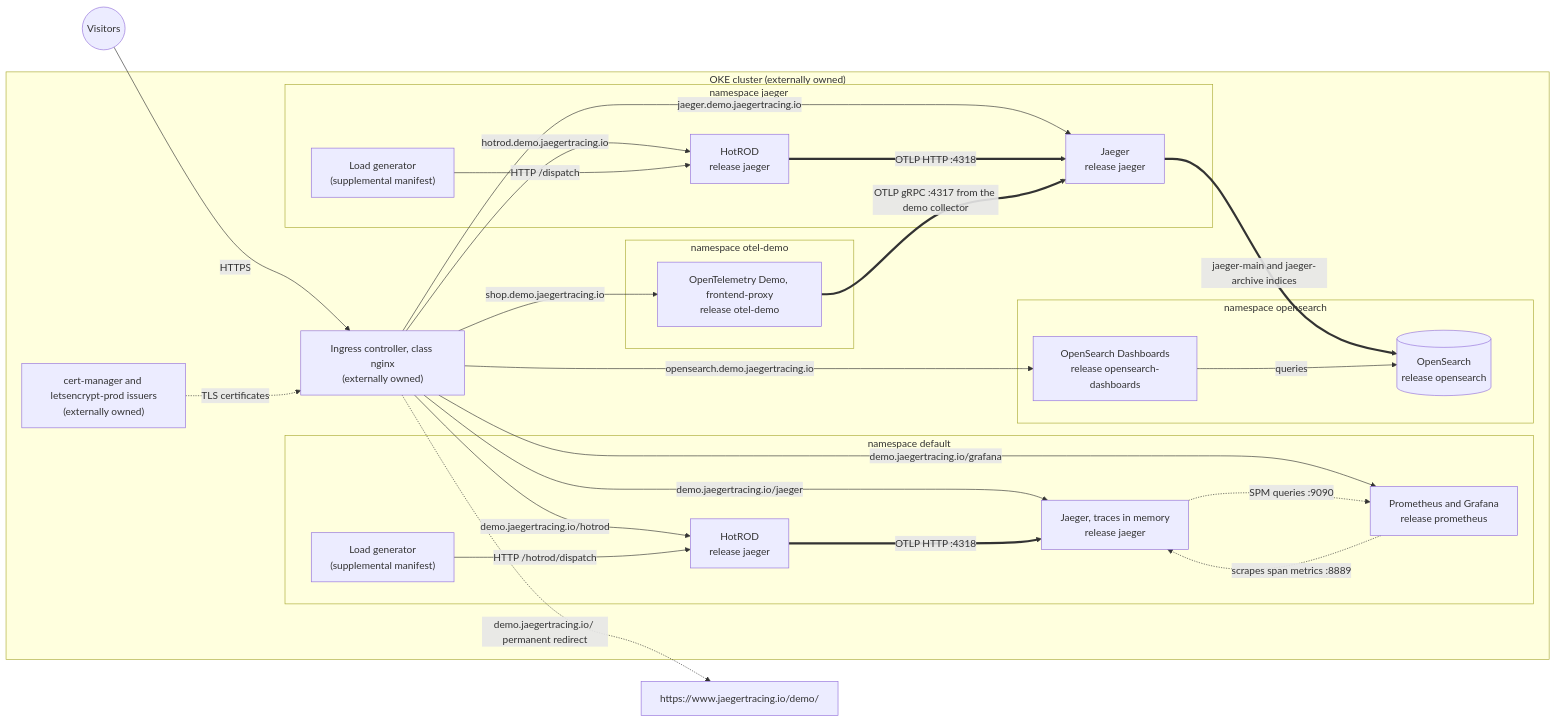
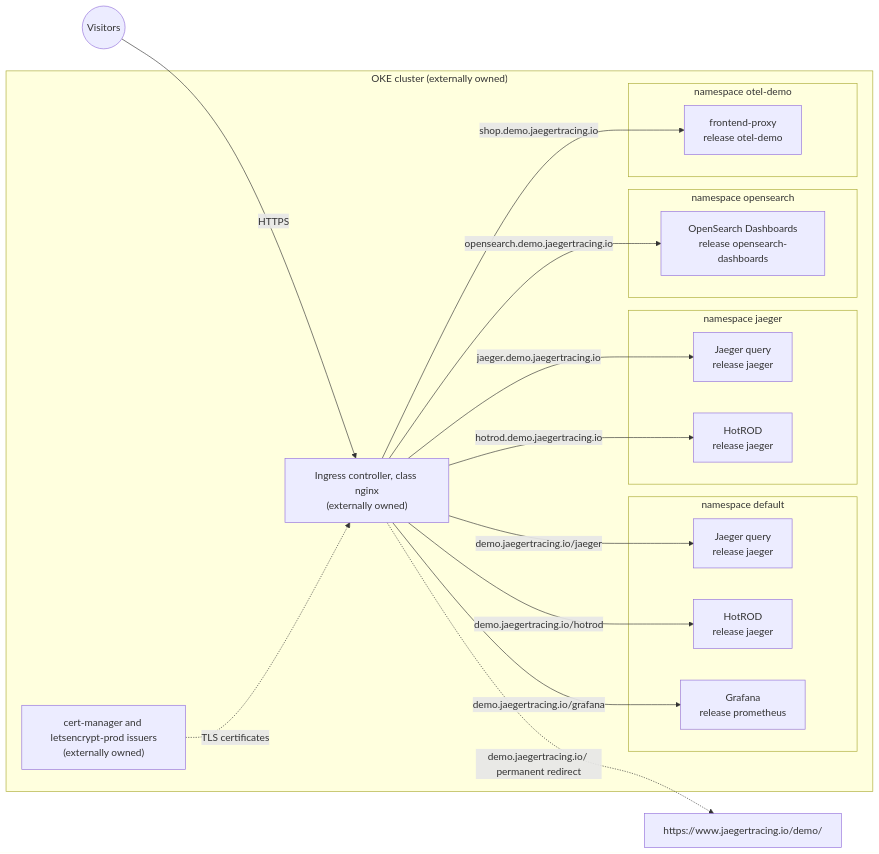
The first of 3 diagrams in README.md (DsThakurRawat/jaeger-demo), drawn with Mermaid before and after one commit. The commit also changed other lines of this file, not shown here.

First line of the commit message:
docs(readme): Split the topology into route and trace diagrams

````diff
--- a/README.md
+++ b/README.md
@@ -53,54 +49,40 @@
 ```mermaid
 flowchart LR
     visitors(("Visitors"))
     redirect["https#58;//www#46;jaegertracing#46;io/demo/"]
 
     subgraph cluster["OKE cluster (externally owned)"]
+        certs["cert-manager and letsencrypt-prod issuers<br/>(externally owned)"]
         ingress["Ingress controller, class nginx<br/>(externally owned)"]
-        certs["cert-manager and letsencrypt-prod issuers<br/>(externally owned)"]
 
         subgraph ns_default["namespace default"]
-            oci_gen["Load generator<br/>(supplemental manifest)"]
+            oci_jaeger["Jaeger query<br/>release jaeger"]
             oci_hotrod["HotROD<br/>release jaeger"]
-            oci_jaeger["Jaeger, traces in memory<br/>release jaeger"]
-            prometheus["Prometheus and Grafana<br/>release prometheus"]
+            grafana["Grafana<br/>release prometheus"]
         end
 
         subgraph ns_jaeger["namespace jaeger"]
-            otel_gen["Load generator<br/>(supplemental manifest)"]
+            otel_jaeger["Jaeger query<br/>release jaeger"]
             otel_hotrod["HotROD<br/>release jaeger"]
-            otel_jaeger["Jaeger<br/>release jaeger"]
         end
 
         subgraph ns_opensearch["namespace opensearch"]
-            opensearch[("OpenSearch<br/>release opensearch")]
             dashboards["OpenSearch Dashboards<br/>release opensearch-dashboards"]
         end
 
         subgraph ns_otel_demo["namespace otel-demo"]
-            shop["OpenTelemetry Demo, frontend-proxy<br/>release otel-demo"]
+            shop["frontend-proxy<br/>release otel-demo"]
         end
     end
 
     visitors -- "HTTPS" --> ingress
     certs -. "TLS certificates" .-> ingress
     ingress -- "demo.jaegertracing.io/jaeger" --> oci_jaeger
     ingress -- "demo.jaegertracing.io/hotrod" --> oci_hotrod
-    ingress -- "demo.jaegertracing.io/grafana" --> prometheus
+    ingress -- "demo.jaegertracing.io/grafana" --> grafana
     ingress -. "demo.jaegertracing.io/ permanent redirect" .-> redirect
     ingress -- "jaeger.demo.jaegertracing.io" --> otel_jaeger
     ingress -- "hotrod.demo.jaegertracing.io" --> otel_hotrod
     ingress -- "opensearch.demo.jaegertracing.io" --> dashboards
     ingress -- "shop.demo.jaegertracing.io" --> shop
-
-    oci_gen -- "HTTP /hotrod/dispatch" --> oci_hotrod
-    oci_hotrod == "OTLP HTTP :4318" ==> oci_jaeger
-    prometheus -. "scrapes span metrics :8889" .-> oci_jaeger
-    oci_jaeger -. "SPM queries :9090" .-> prometheus
-
-    otel_gen -- "HTTP /dispatch" --> otel_hotrod
-    otel_hotrod == "OTLP HTTP :4318" ==> otel_jaeger
-    shop == "OTLP gRPC :4317 from the demo collector" ==> otel_jaeger
-    otel_jaeger == "jaeger-main and jaeger-archive indices" ==> opensearch
-    dashboards -- "queries" --> opensearch
 ```
````
